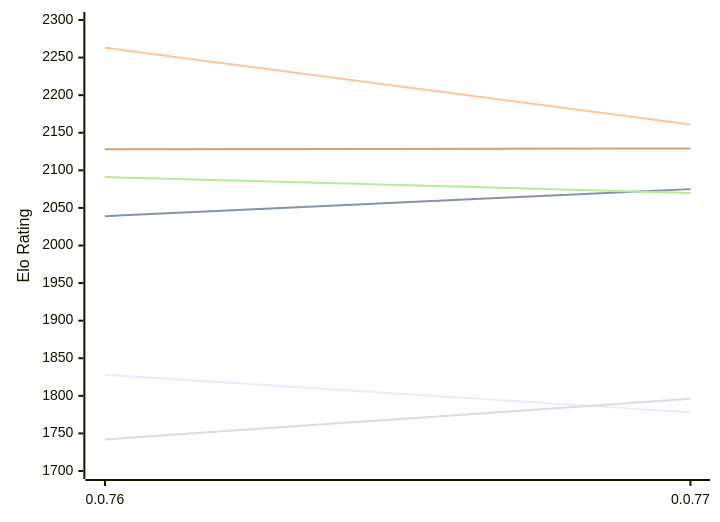
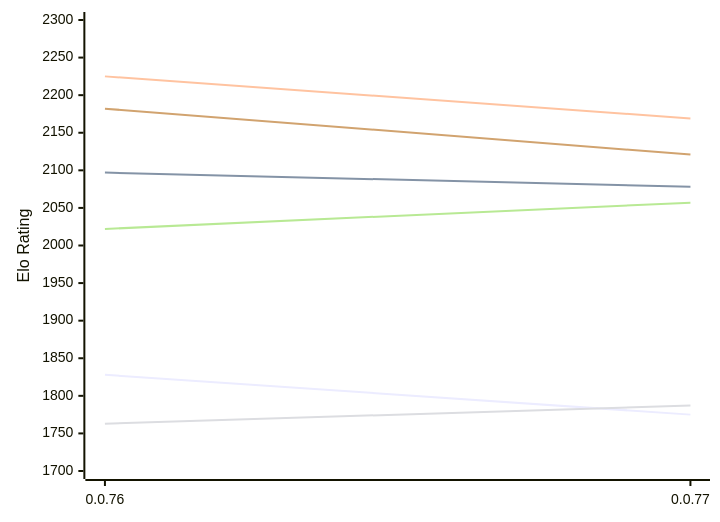
One commit to computer-chess-index/cci changed the first of 2 diagrams in engines/Fktb.md. Above: the diagram before and after it, drawn with Mermaid. The commit also changed other lines of this file, not shown here.

Commit message:
Update CCI Ratings (ELO VLTC) - 2026-11-14

````diff
--- a/engines/Fktb.md
+++ b/engines/Fktb.md
@@ -50,12 +50,12 @@
 ```mermaid
 %%{init: {"theme":"base","themeVariables":{"seriesColors:['#a3a3a3','#222221','#faa371']}}}%%
 xychart-beta
   x-axis ["0.0.76", "0.0.77"]
   y-axis "Elo Rating" 1700 --> 2300
-  line "E1: STC (8.0+0.08s)" [1828, 1778]
-  line "E1: LTC (60.0+0.60s)" [2039, 2075]
-  line "E1: VLTC (2m24s+1.12s)" [2263, 2161]
-  line "P1: STC (8.0+0.08s)" [1742, 1796]
-  line "P1: LTC (60.0+0.60s)" [2091, 2070]
-  line "P1: VLTC (2m24s+1.12s)" [2128, 2129]
+  line "E1: STC (8.0+0.08s)" [1828, 1775]
+  line "E1: LTC (60.0+0.60s)" [2097, 2078]
+  line "E1: VLTC (2m24s+1.12s)" [2225, 2169]
+  line "P1: STC (8.0+0.08s)" [1763, 1787]
+  line "P1: LTC (60.0+0.60s)" [2022, 2057]
+  line "P1: VLTC (2m24s+1.12s)" [2182, 2121]
 ```
````
